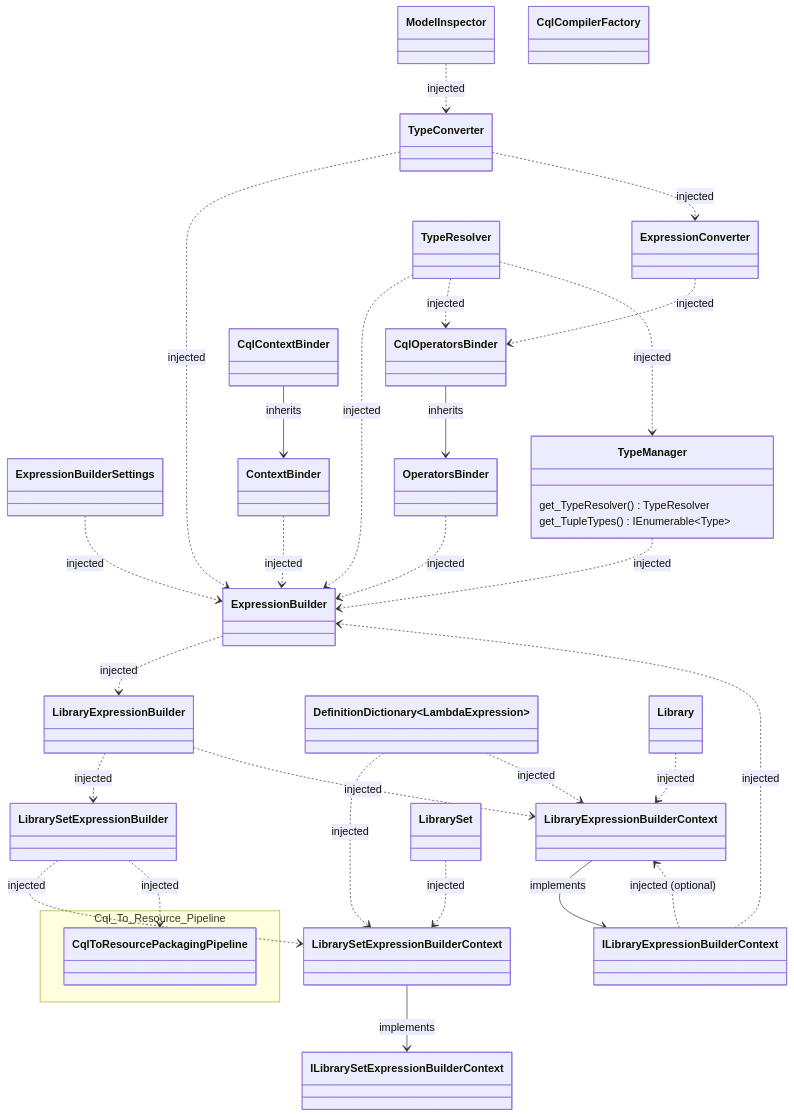
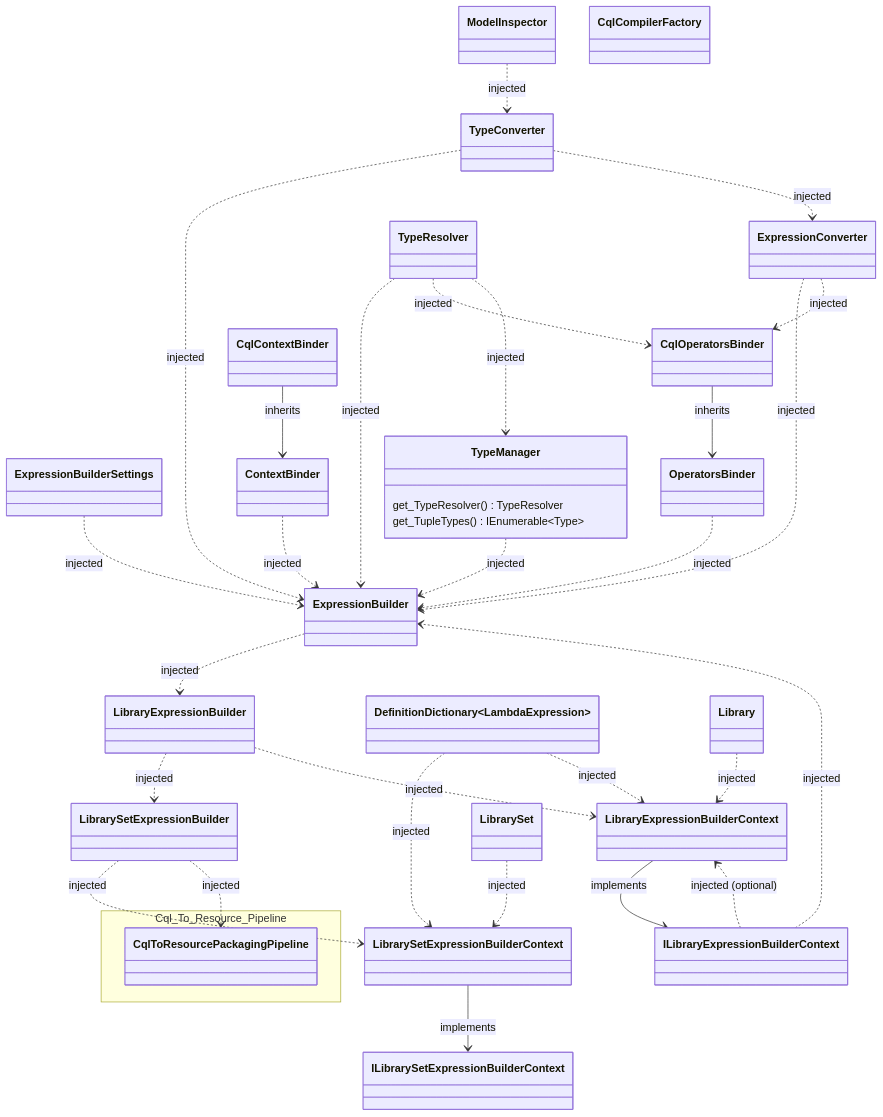
One commit to FirelyTeam/firely-cql-sdk changed the second of 2 diagrams in docs/packager-cli-dependency-graph.md. Above: the diagram before and after it, drawn with Mermaid. The commit also changed 5 other files, not shown here.

Commit message:
Move methods to ExpressionConverter

```diff
--- a/docs/packager-cli-dependency-graph.md
+++ b/docs/packager-cli-dependency-graph.md
@@ -233,6 +233,7 @@
     ContextBinder ..> ExpressionBuilder : injected
     ExpressionBuilderSettings ..> ExpressionBuilder : injected
     ILibraryExpressionBuilderContext ..> ExpressionBuilder : injected
+    ExpressionConverter ..> ExpressionBuilder : injected
     
     LibrarySetExpressionBuilder ..> CqlToResourcePackagingPipeline : injected
 
```
